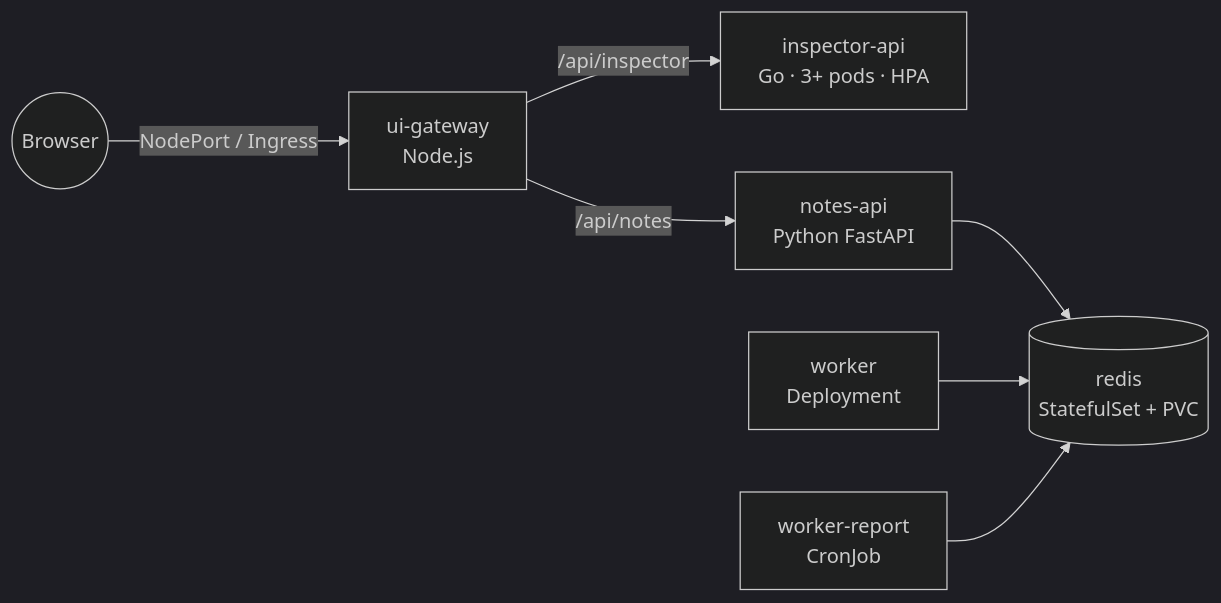
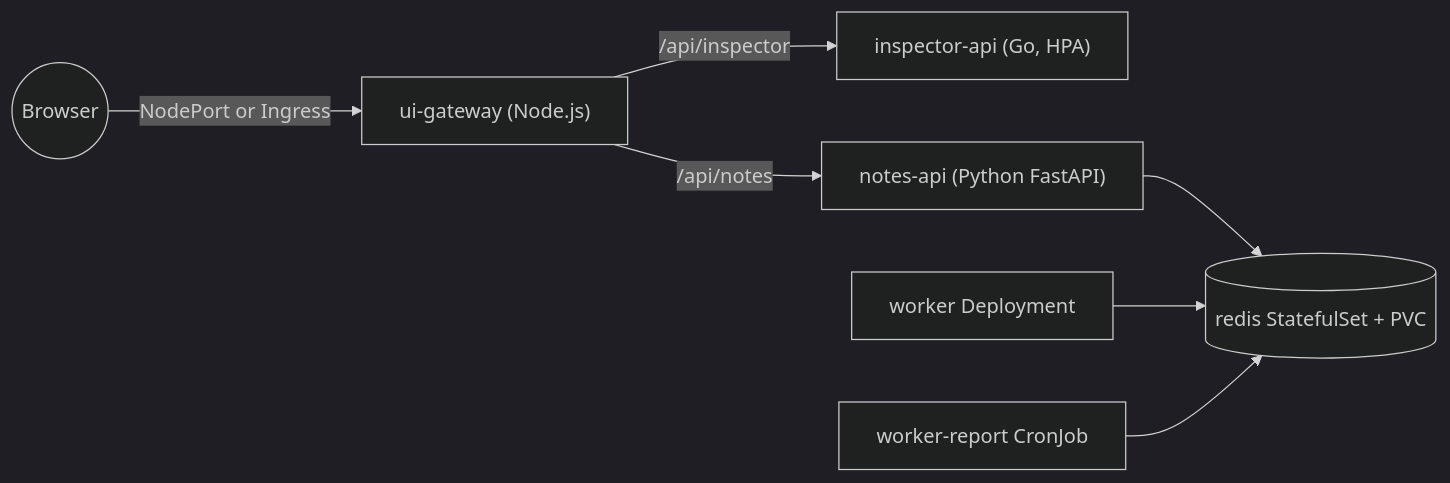
One commit to kasunsjc/k8s-demo-sample-app changed the diagram in README.md. Above: the diagram before and after it, drawn with Mermaid (dark theme). The commit also changed 8 other files, not shown here.

````diff
--- a/README.md
+++ b/README.md
@@ -6,9 +6,9 @@
 ```mermaid
 flowchart LR
-  user((Browser)) -->|NodePort / Ingress| ui[ui-gateway<br/>Node.js]
-  ui -->|/api/inspector| insp[inspector-api<br/>Go · 3+ pods · HPA]
-  ui -->|/api/notes| notes[notes-api<br/>Python FastAPI]
-  notes --> redis[(redis<br/>StatefulSet + PVC)]
-  worker[worker<br/>Deployment] --> redis
-  cron[worker-report<br/>CronJob] --> redis
+  user(("Browser")) -->|"NodePort or Ingress"| ui["ui-gateway (Node.js)"]
+  ui -->|"/api/inspector"| insp["inspector-api (Go, HPA)"]
+  ui -->|"/api/notes"| notes["notes-api (Python FastAPI)"]
+  notes --> redis[("redis StatefulSet + PVC")]
+  worker["worker Deployment"] --> redis
+  cron["worker-report CronJob"] --> redis
 ```
````
